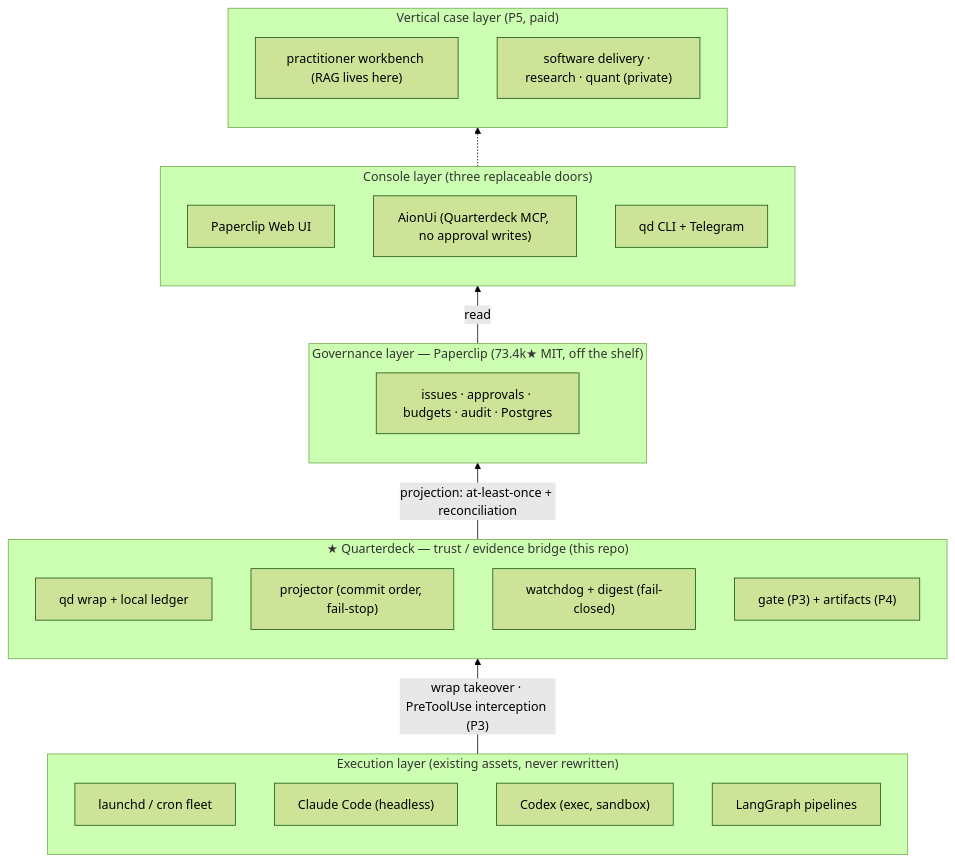
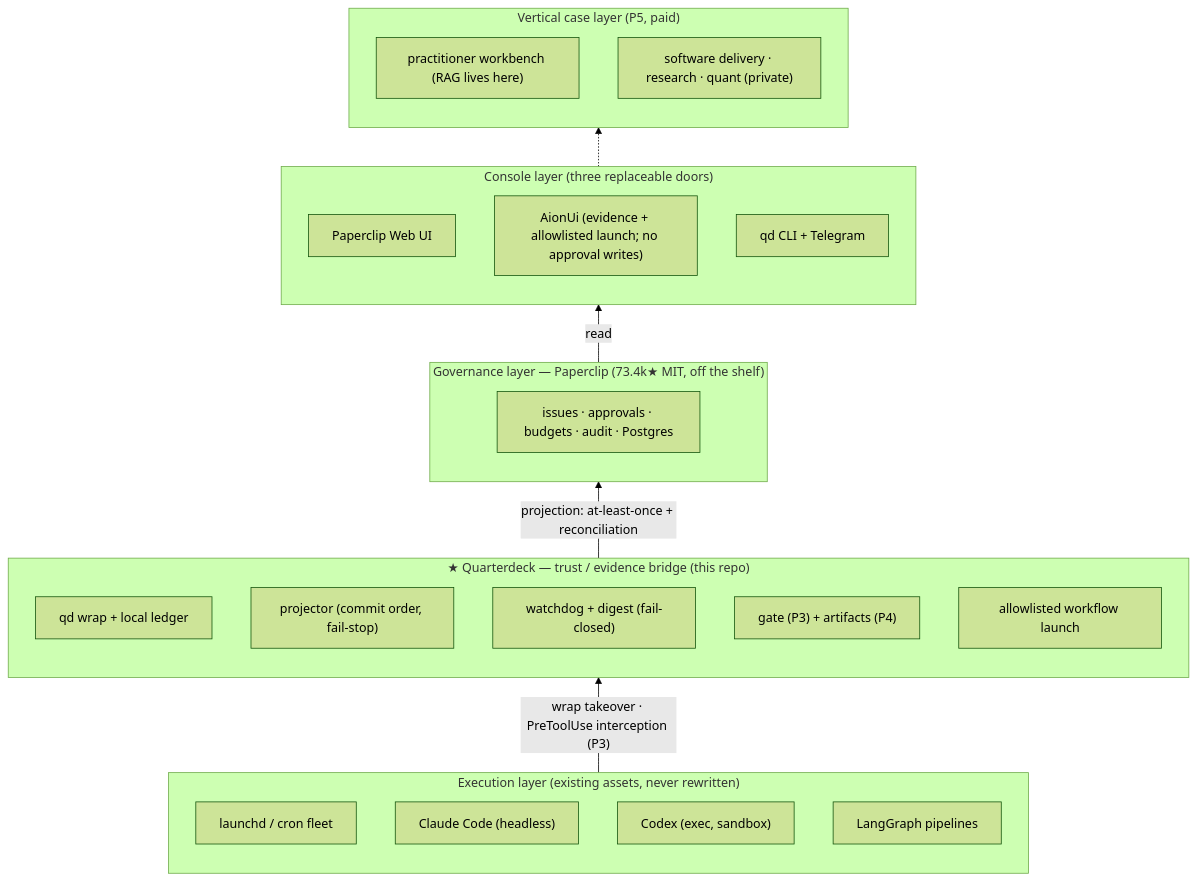
One commit to opswitness/opswitness changed the diagram in docs/ARCHITECTURE.md. Above: the diagram before and after it, drawn with Mermaid (forest theme). The commit also changed other lines of this file and 17 other files, not shown here.

Commit message:
feat: add audited AionUi workflow launch

````diff
--- a/docs/ARCHITECTURE.md
+++ b/docs/ARCHITECTURE.md
@@ -13,31 +13,32 @@
 ```mermaid
 flowchart BT
     subgraph E["Execution layer (existing assets, never rewritten)"]
         E1["launchd / cron fleet"]
         E2["Claude Code (headless)"]
         E3["Codex (exec, sandbox)"]
         E4["LangGraph pipelines"]
     end
     subgraph Q["★ Quarterdeck — trust / evidence bridge (this repo)"]
         Q1["qd wrap + local ledger"]
         Q2["projector (commit order, fail-stop)"]
         Q3["watchdog + digest (fail-closed)"]
         Q4["gate (P3) + artifacts (P4)"]
+        Q5["allowlisted workflow launch"]
     end
     subgraph P["Governance layer — Paperclip (73.4k★ MIT, off the shelf)"]
         P1["issues · approvals · budgets · audit · Postgres"]
     end
     subgraph C["Console layer (three replaceable doors)"]
         C1["Paperclip Web UI"]
-        C2["AionUi (Quarterdeck MCP, no approval writes)"]
+        C2["AionUi (evidence + allowlisted launch; no approval writes)"]
         C3["qd CLI + Telegram"]
     end
     subgraph V["Vertical case layer (P5, paid)"]
         V1["practitioner workbench (RAG lives here)"]
         V2["software delivery · research · quant (private)"]
     end
     E -->|"wrap takeover · PreToolUse interception (P3)"| Q
     Q -->|"projection: at-least-once + reconciliation"| P
     P -->|read| C
     C -.-> V
 ```
````
